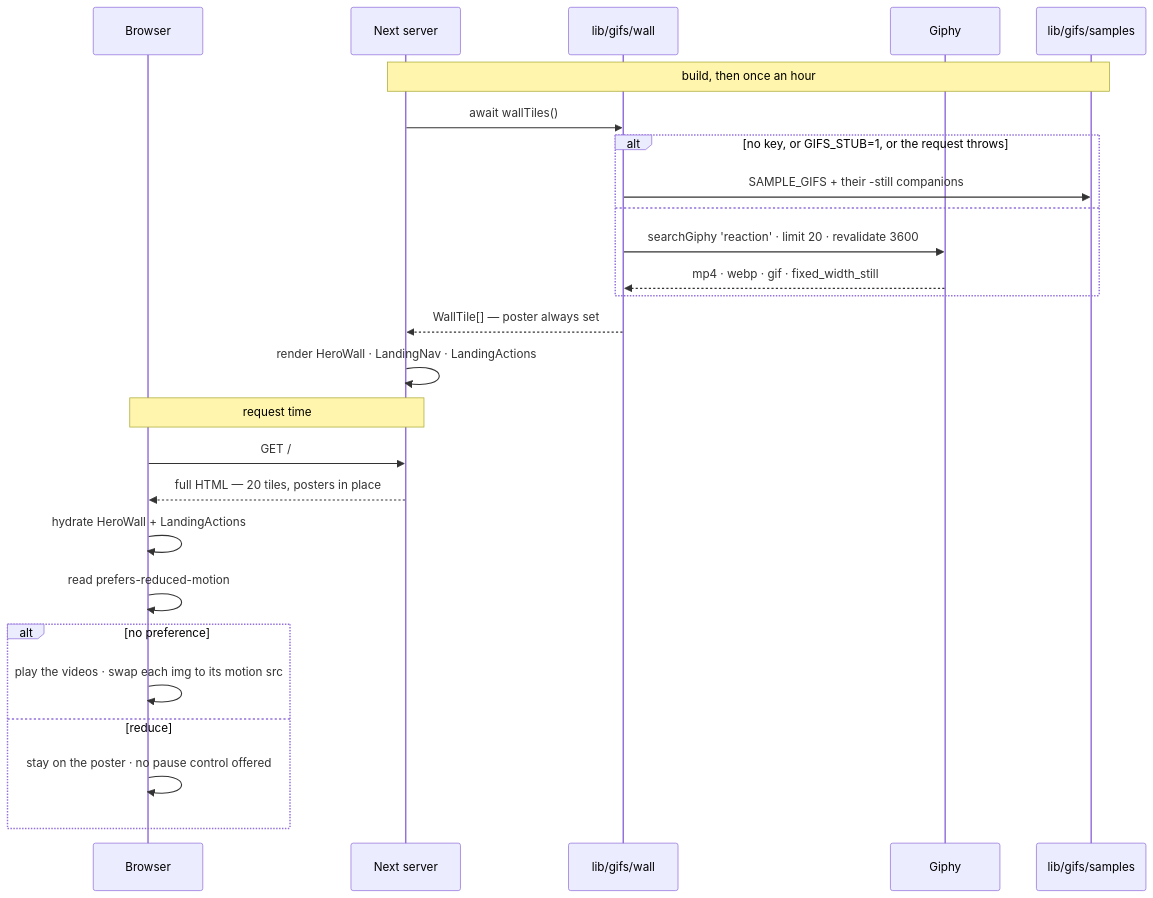
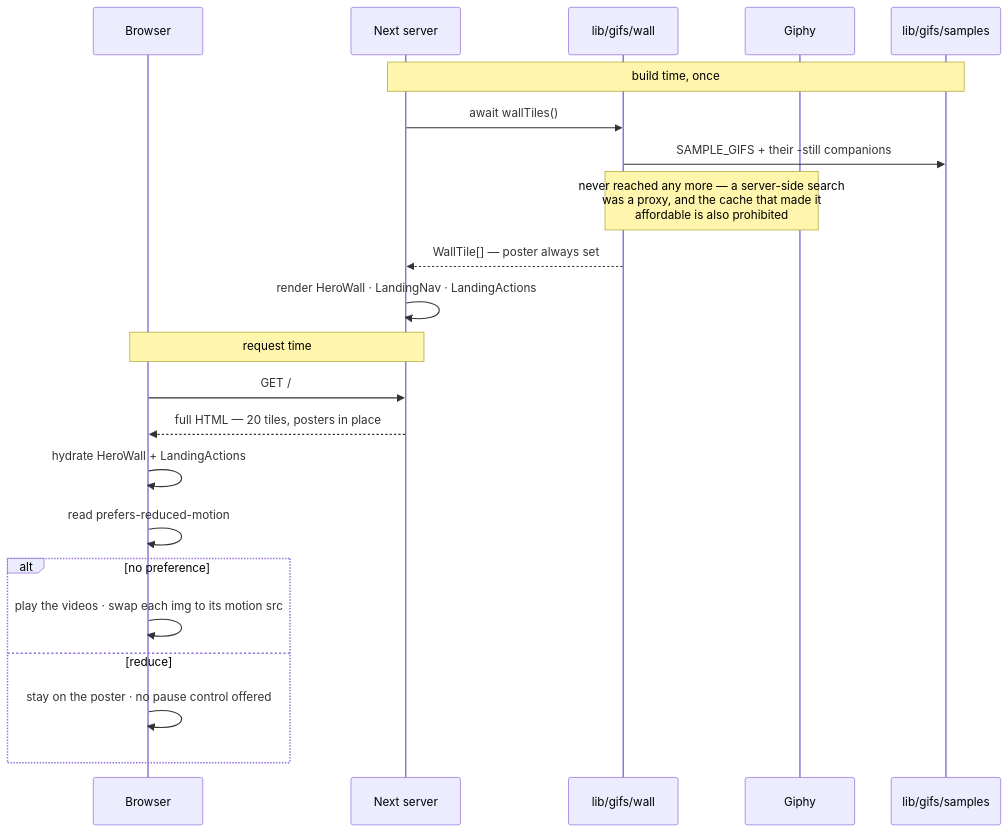
Before and after one commit to Jmeza081/captionist: the tenth of 12 diagrams in docs/architecture.md, drawn with Mermaid. The commit also changed other lines of this file and 47 other files, not shown here.

````diff
--- a/docs/architecture.md
+++ b/docs/architecture.md
@@ -2280,30 +2282,26 @@
 ```mermaid
 sequenceDiagram
   participant B as Browser
   participant N as Next server
   participant W as lib/gifs/wall
   participant G as Giphy
   participant P as lib/gifs/samples
 
-  Note over N,P: build, then once an hour
+  Note over N,P: build time, once
   N->>W: await wallTiles()
-  alt no key, or GIFS_STUB=1, or the request throws
-    W->>P: SAMPLE_GIFS + their -still companions
-  else
-    W->>G: searchGiphy 'reaction' · limit 20 · revalidate 3600
-    G-->>W: mp4 · webp · gif · fixed_width_still
-  end
+  W->>P: SAMPLE_GIFS + their -still companions
+  Note over W,G: never reached any more — a server-side search<br/>was a proxy, and the cache that made it<br/>affordable is also prohibited
   W-->>N: WallTile[] — poster always set
   N->>N: render HeroWall · LandingNav · LandingActions
 
   Note over B,N: request time
   B->>N: GET /
   N-->>B: full HTML — 20 tiles, posters in place
   B->>B: hydrate HeroWall + LandingActions
   B->>B: read prefers-reduced-motion
   alt no preference
     B->>B: play the videos · swap each img to its motion src
   else reduce
     B->>B: stay on the poster · no pause control offered
   end
 ```
````
